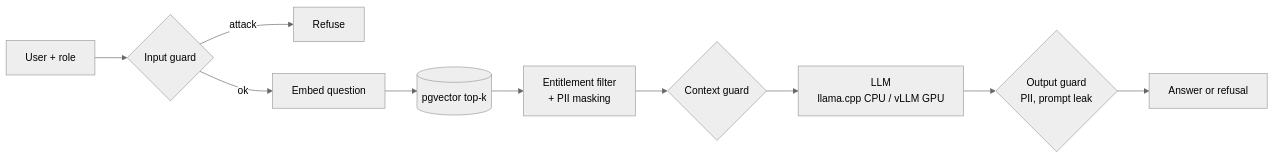
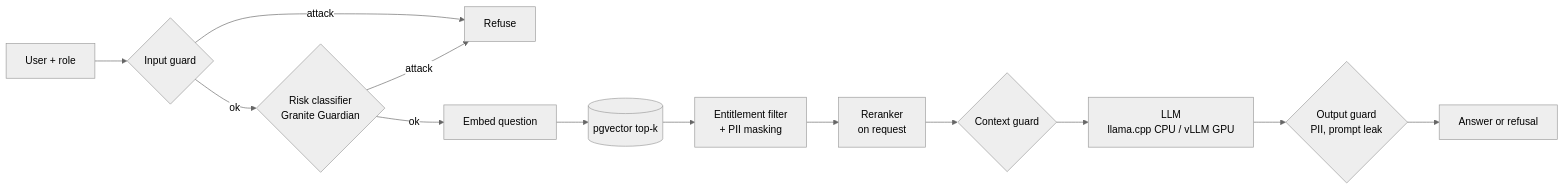
One commit to masterfabric/masterfabric-data-architecture-adr changed the fourth of 5 diagrams in docs/architecture.md. Above: the diagram before and after it, drawn with Mermaid (neutral theme). The commit also changed other lines of this file, not shown here.

Commit message:
docs(architecture): Flink and schema registry, WAP, DuckDB, canary and feature store, classifier and reranker in the request path, updated Cloudera mapping

````diff
--- a/docs/architecture.md
+++ b/docs/architecture.md
@@ -79,12 +86,15 @@
 ```mermaid
 flowchart LR
   U[User + role] --> G1{Input guard}
   G1 -- attack --> X[Refuse]
-  G1 -- ok --> EM[Embed question]
+  G1 -- ok --> CL{Risk classifier<br/>Granite Guardian}
+  CL -- attack --> X
+  CL -- ok --> EM[Embed question]
   EM --> R[(pgvector top-k)]
   R --> F[Entitlement filter<br/>+ PII masking]
-  F --> G2{Context guard}
+  F --> RR[Reranker<br/>on request]
+  RR --> G2{Context guard}
   G2 --> M[LLM<br/>llama.cpp CPU / vLLM GPU]
   M --> G3{Output guard<br/>PII, prompt leak}
   G3 --> A[Answer or refusal]
 ```
````
